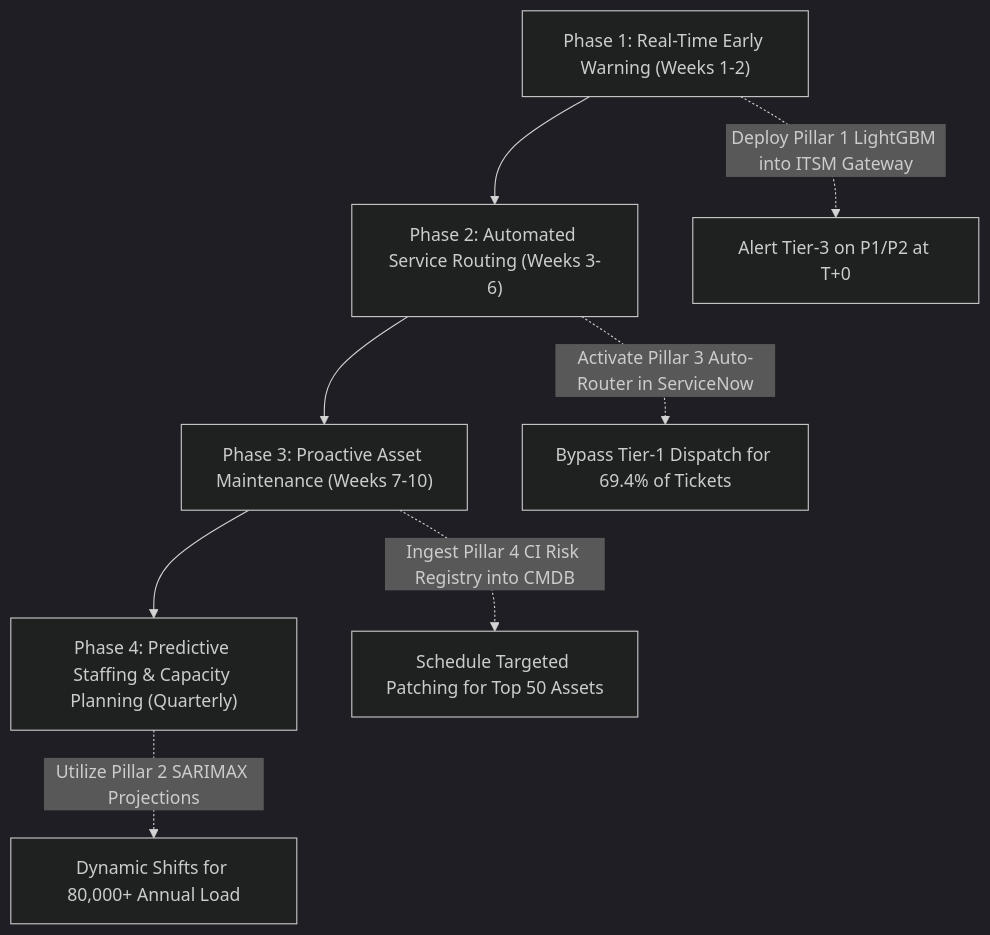
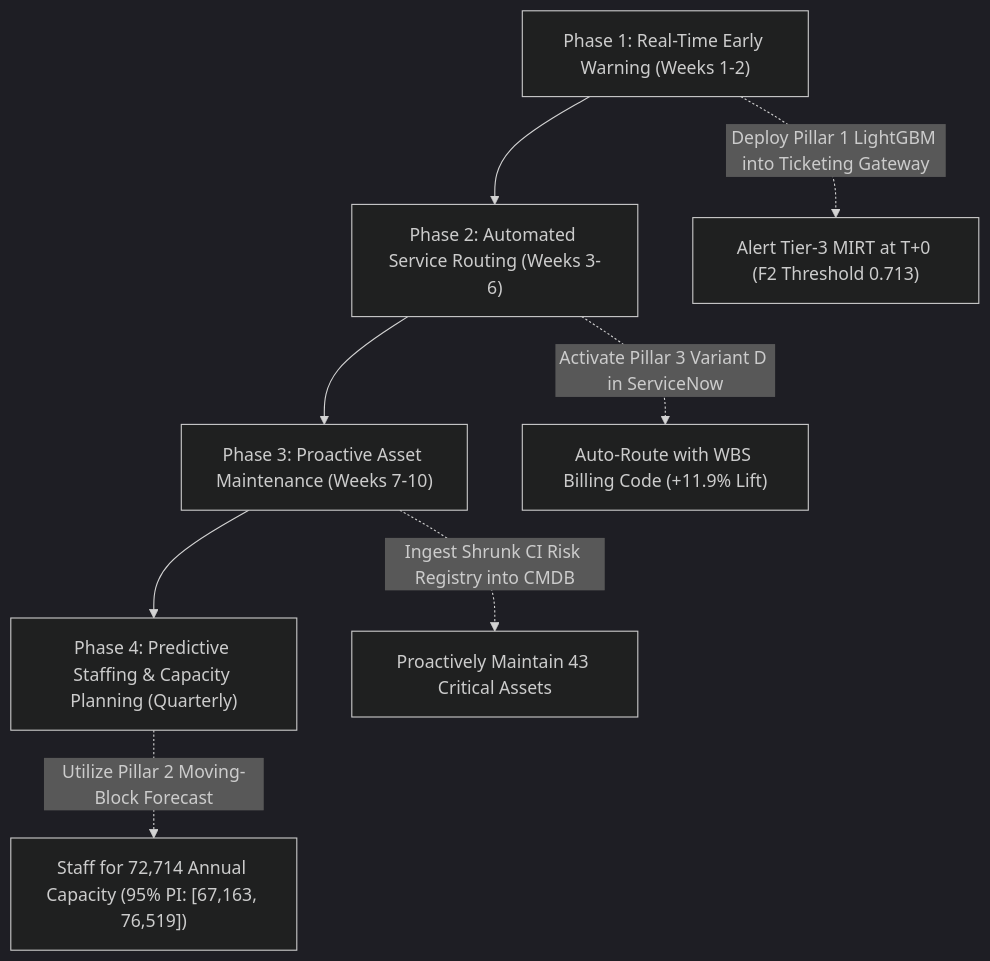
The diagram in REPORT.md (dhruvpatel-php/itsm-incident-intelligence-ml), drawn with Mermaid (dark theme) before and after one commit. The commit also changed other lines of this file and 3 other files, not shown here.

````diff
--- a/REPORT.md
+++ b/REPORT.md
@@ -256,11 +143,11 @@
 ```mermaid
 flowchart TD
     A["Phase 1: Real-Time Early Warning (Weeks 1-2)"] --> B["Phase 2: Automated Service Routing (Weeks 3-6)"]
     B --> C["Phase 3: Proactive Asset Maintenance (Weeks 7-10)"]
     C --> D["Phase 4: Predictive Staffing & Capacity Planning (Quarterly)"]
     
-    A -.->|"Deploy Pillar 1 LightGBM into ITSM Gateway"| A1["Alert Tier-3 on P1/P2 at T+0"]
-    B -.->|"Activate Pillar 3 Auto-Router in ServiceNow"| B1["Bypass Tier-1 Dispatch for 69.4% of Tickets"]
-    C -.->|"Ingest Pillar 4 CI Risk Registry into CMDB"| C1["Schedule Targeted Patching for Top 50 Assets"]
-    D -.->|"Utilize Pillar 2 SARIMAX Projections"| D1["Dynamic Shifts for 80,000+ Annual Load"]
+    A -.->|"Deploy Pillar 1 LightGBM into Ticketing Gateway"| A1["Alert Tier-3 MIRT at T+0 (F2 Threshold 0.713)"]
+    B -.->|"Activate Pillar 3 Variant D in ServiceNow"| B1["Auto-Route with WBS Billing Code (+11.9% Lift)"]
+    C -.->|"Ingest Shrunk CI Risk Registry into CMDB"| C1["Proactively Maintain 43 Critical Assets"]
+    D -.->|"Utilize Pillar 2 Moving-Block Forecast"| D1["Staff for 72,714 Annual Capacity (95% PI: [67,163, 76,519])"]
 ```
````
